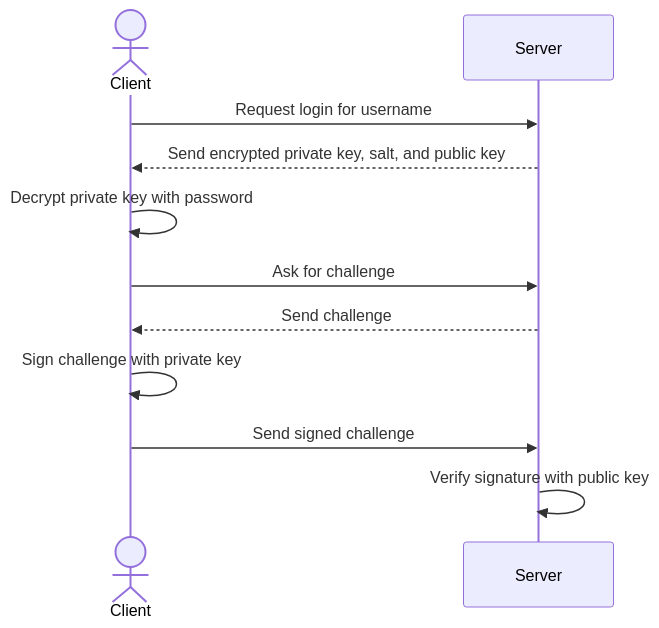
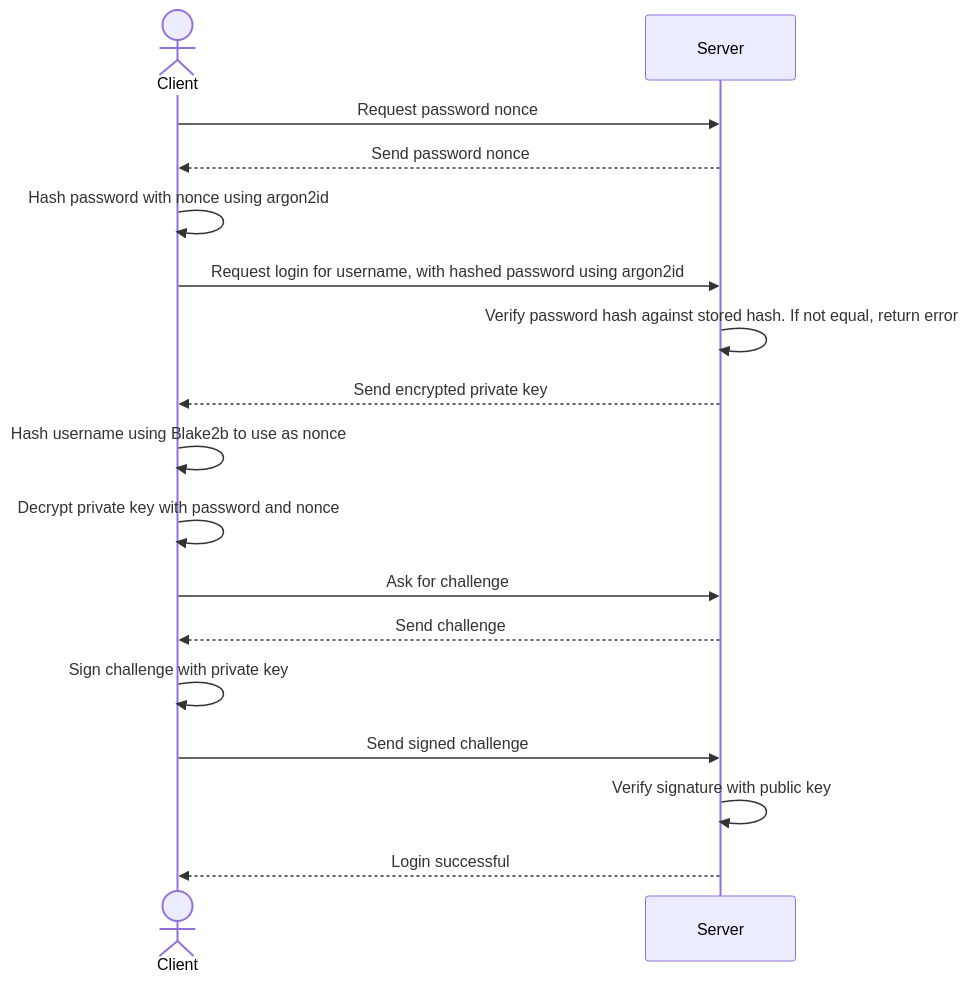
One commit to DACC4/effective-octo-system changed the diagram in doc/project_mermaid/user_login.mmd. Above: the diagram before and after it, drawn with Mermaid. The commit also changed 27 other files, not shown here.

```diff
--- a/doc/project_mermaid/user_login.mmd
+++ b/doc/project_mermaid/user_login.mmd
@@ -1,14 +1,23 @@
 sequenceDiagram
     actor C as Client
     participant S as Server
 
-    C->>S: Request login for username
-    S-->>C: Send encrypted private key, salt, and public key
+    C->>S: Request password nonce
+    S-->>C: Send password nonce
 
-    C->>C: Decrypt private key with password
+    C->>C: Hash password with nonce using argon2id
+
+    C->>S: Request login for username, with hashed password using argon2id
+    S->>S: Verify password hash against stored hash. If not equal, return error
+    S-->>C: Send encrypted private key
+
+    C->>C: Hash username using Blake2b to use as nonce
+    C->>C: Decrypt private key with password and nonce
 
     C->>S: Ask for challenge
     S-->>C: Send challenge
     C->>C: Sign challenge with private key
     C->>S: Send signed challenge
     S->>S: Verify signature with public key
+
+    S-->>C: Login successful
```
